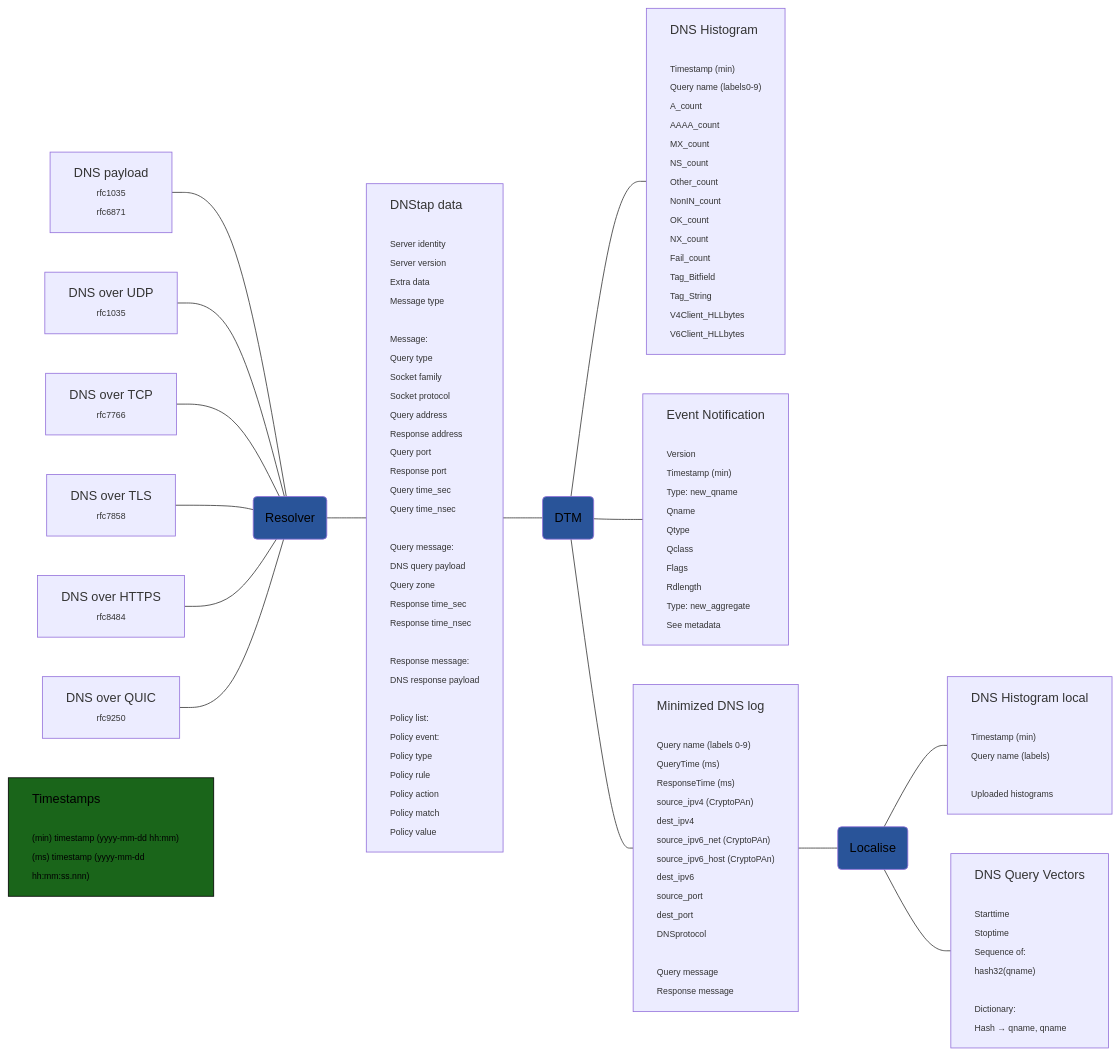
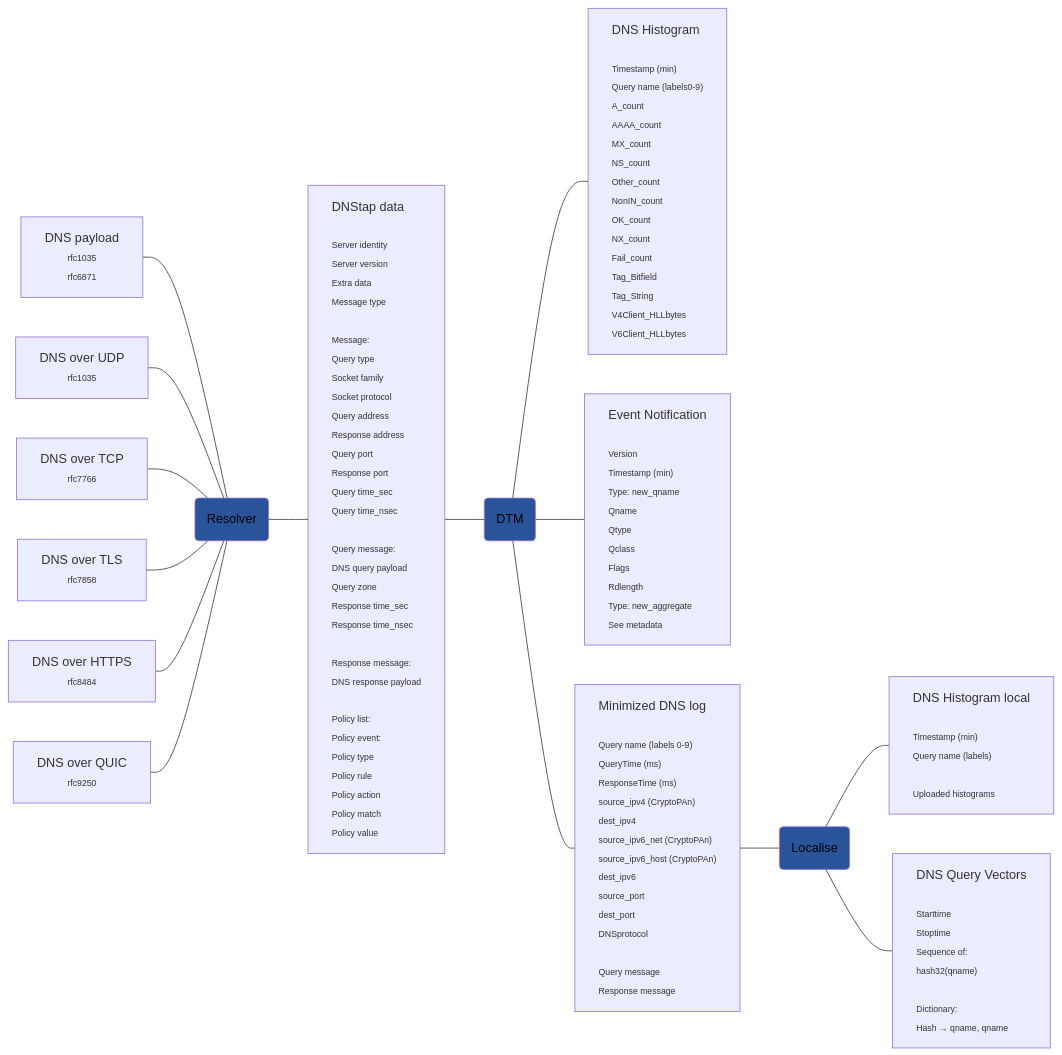
The diagram in dnsdataflow.md (dnstapir/datasets), drawn with Mermaid before and after one commit.

```diff
--- a/dnsdataflow.md
+++ b/dnsdataflow.md
@@ -129,12 +129,6 @@
 Hash → qname, qname"
 ]:::left
 
-Time["Timestamps
-<span style='font-size:11px;'>
-(min) timestamp (yyyy-mm-dd hh:mm)
-(ms) timestamp (yyyy-mm-dd hh:mm:ss.nnn)
-</span>"]:::info
-
 classDef service fill:#295499,color:#000
 classDef left text-align:left
 classDef info fill:#1a651a,stroke:#000,color:#000,text-align:left
```
